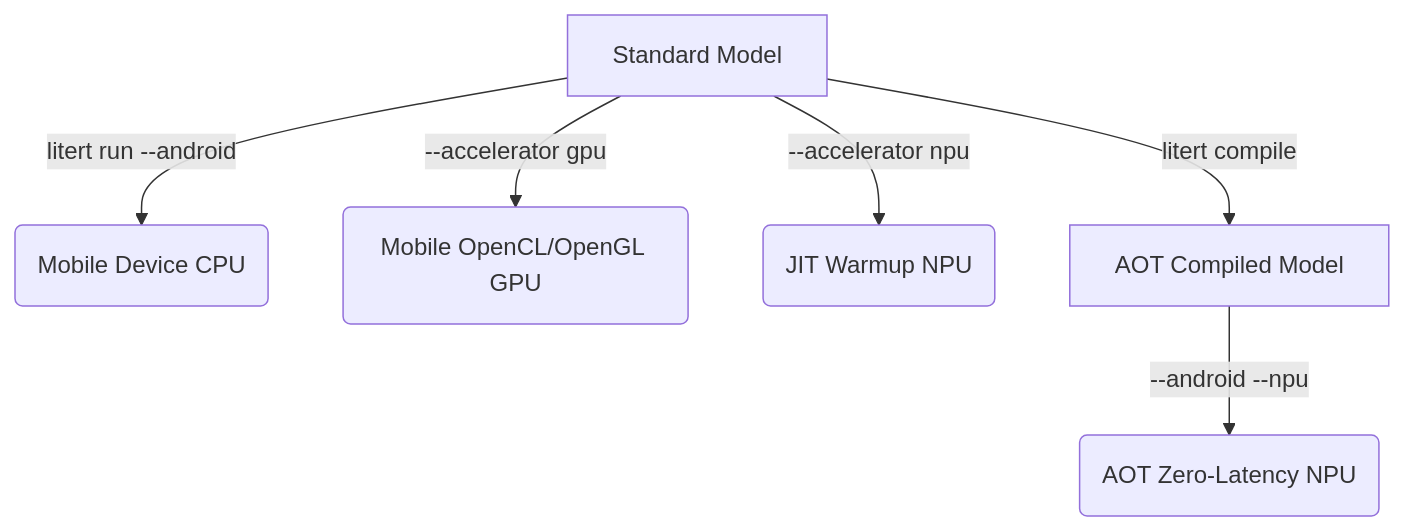
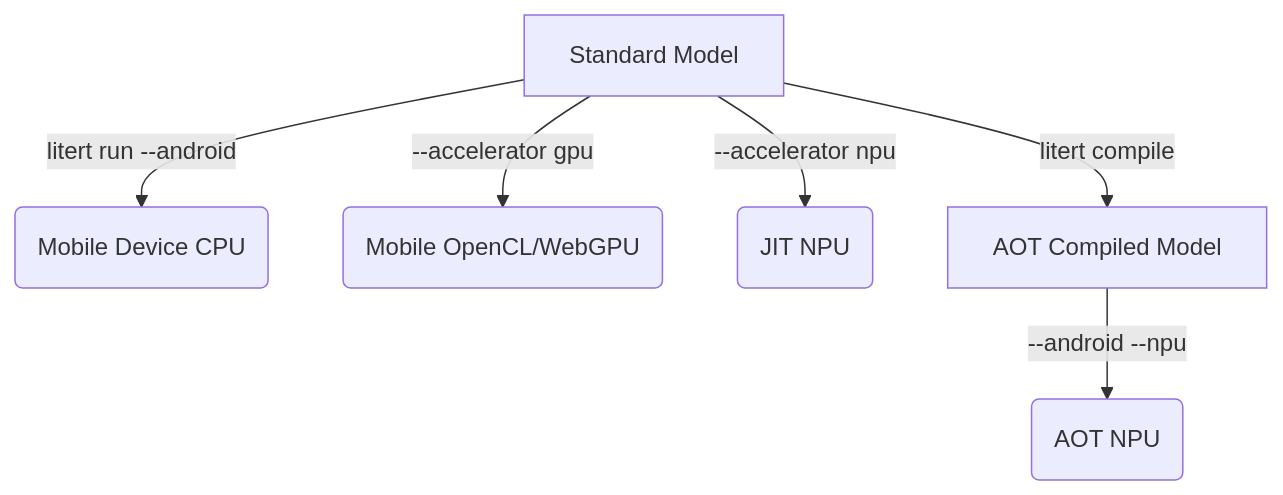
One commit to google-ai-edge/LiteRT-CLI changed the third of 3 diagrams in examples/codelabs/cli_101.md. Above: the diagram before and after it, drawn with Mermaid. The commit also changed other lines of this file, not shown here.

````diff
--- a/examples/codelabs/cli_101.md
+++ b/examples/codelabs/cli_101.md
@@ -252,8 +280,8 @@
 ```mermaid
 graph TD
     A[Standard Model] -->|litert run --android| B(Mobile Device CPU)
-    A -->|--accelerator gpu| C(Mobile OpenCL/OpenGL GPU)
-    A -->|--accelerator npu| D(JIT Warmup NPU)
+    A -->|--accelerator gpu| C(Mobile OpenCL/WebGPU)
+    A -->|--accelerator npu| D(JIT NPU)
     A -->|litert compile| E[AOT Compiled Model]
-    E -->|--android --npu| F(AOT Zero-Latency NPU)
+    E -->|--android --npu| F(AOT NPU)
 ```
````
